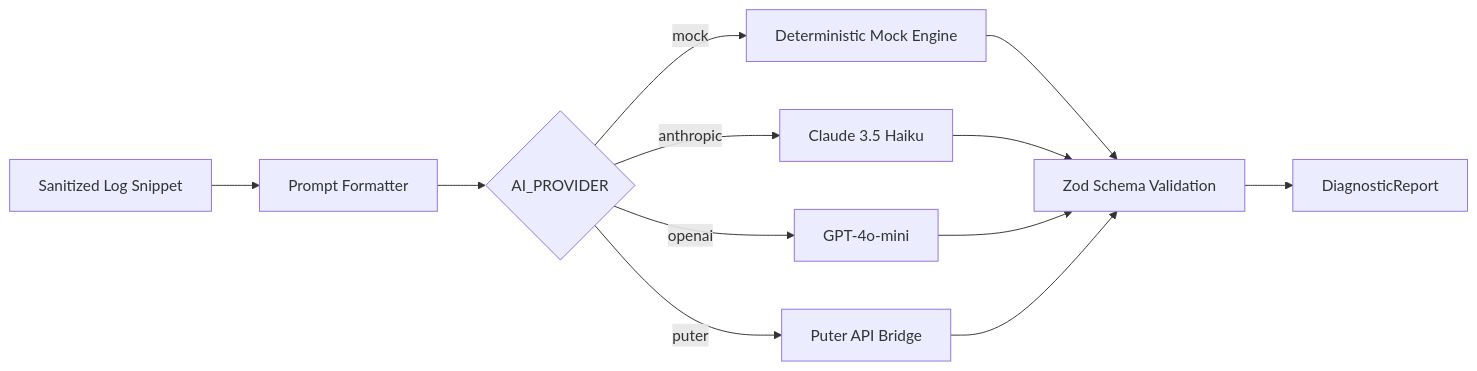
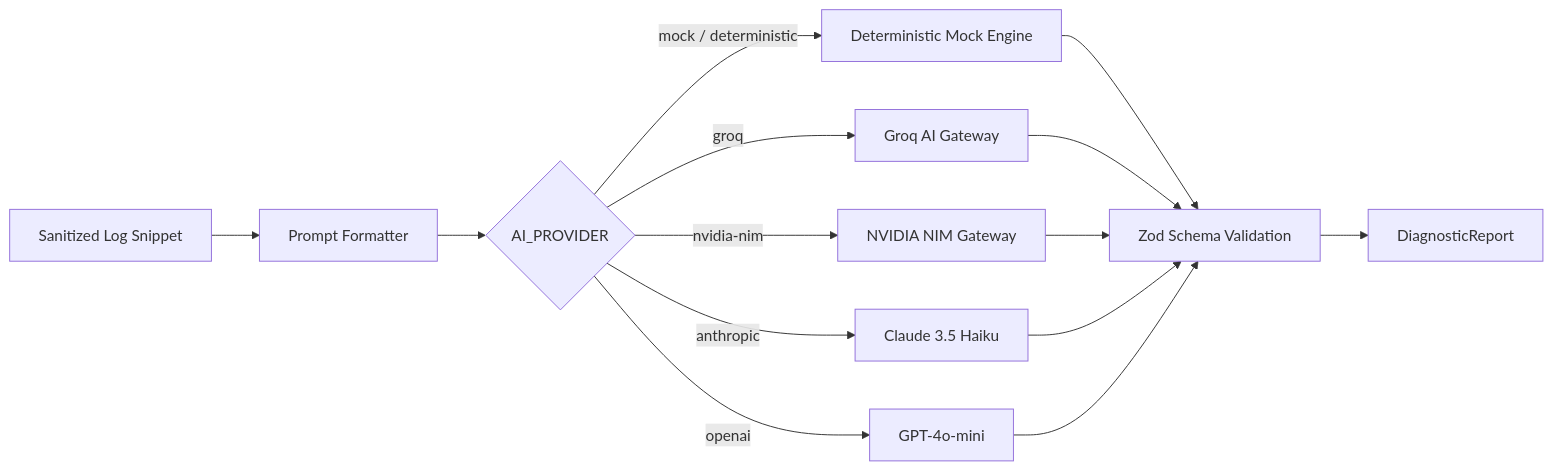
One commit to johan-droid/Hopper changed the third of 3 diagrams in docs/architecture/INTEGRATIONS.md. Above: the diagram before and after it, drawn with Mermaid. The commit also changed other lines of this file and 60 other files, not shown here.

````diff
--- a/docs/architecture/INTEGRATIONS.md
+++ b/docs/architecture/INTEGRATIONS.md
@@ -107,14 +130,16 @@
 ```mermaid
 graph LR
     INPUT[Sanitized Log Snippet] --> PROMPT[Prompt Formatter <UNTRUSTED_CI_LOG>]
     PROMPT --> ROUTER{AI_PROVIDER}
-    ROUTER -->|mock| MOCK[Deterministic Mock Engine]
+    ROUTER -->|mock / deterministic| MOCK[Deterministic Mock Engine]
+    ROUTER -->|groq| GROQ_GW[Groq AI Gateway]
+    ROUTER -->|nvidia-nim| NIM_GW[NVIDIA NIM Gateway]
     ROUTER -->|anthropic| CLAUDE[Claude 3.5 Haiku]
     ROUTER -->|openai| GPT[GPT-4o-mini]
-    ROUTER -->|puter| PUTER_API[Puter API Bridge]
     MOCK --> ZOD[Zod Schema Validation]
+    GROQ_GW --> ZOD
+    NIM_GW --> ZOD
     CLAUDE --> ZOD
     GPT --> ZOD
-    PUTER_API --> ZOD
     ZOD --> REPORT[DiagnosticReport]
 ```
````
